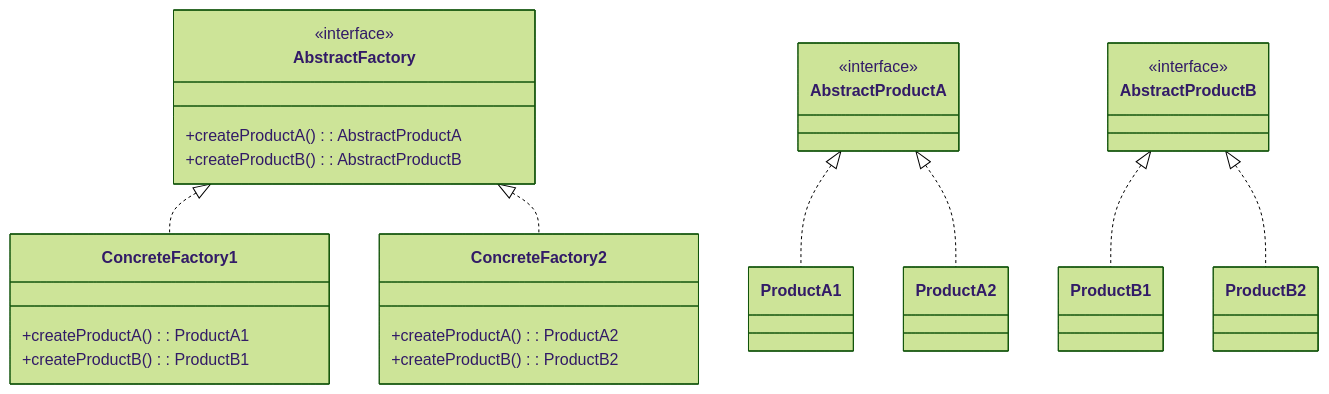
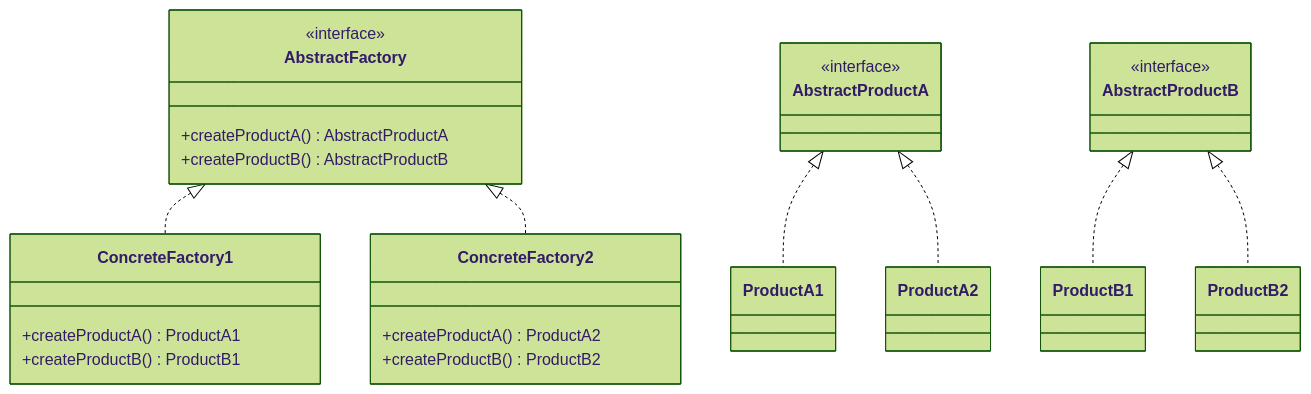
Before and after one commit to chihhung/Blog: the seventh of 29 diagrams in content/posts/教學/分析與設計/Design Pattern教學.md, drawn with Mermaid (forest theme). The commit also changed other lines of this file and 5 other files, not shown here.

````diff
--- a/content/posts/教學/分析與設計/Design Pattern教學.md
+++ b/content/posts/教學/分析與設計/Design Pattern教學.md
@@ -789,38 +789,38 @@
 ```mermaid
 classDiagram
     class AbstractFactory {
         <<interface>>
-        +createProductA(): AbstractProductA
-        +createProductB(): AbstractProductB
+        +createProductA() AbstractProductA
+        +createProductB() AbstractProductB
     }
     
     class ConcreteFactory1 {
-        +createProductA(): ProductA1
-        +createProductB(): ProductB1
+        +createProductA() ProductA1
+        +createProductB() ProductB1
     }
     
     class ConcreteFactory2 {
-        +createProductA(): ProductA2
-        +createProductB(): ProductB2
+        +createProductA() ProductA2
+        +createProductB() ProductB2
     }
     
     class AbstractProductA {
         <<interface>>
     }
     
     class AbstractProductB {
         <<interface>>
     }
     
     class ProductA1
     class ProductA2
     class ProductB1
     class ProductB2
     
     AbstractFactory <|.. ConcreteFactory1
     AbstractFactory <|.. ConcreteFactory2
     AbstractProductA <|.. ProductA1
     AbstractProductA <|.. ProductA2
     AbstractProductB <|.. ProductB1
     AbstractProductB <|.. ProductB2
 ```
````
